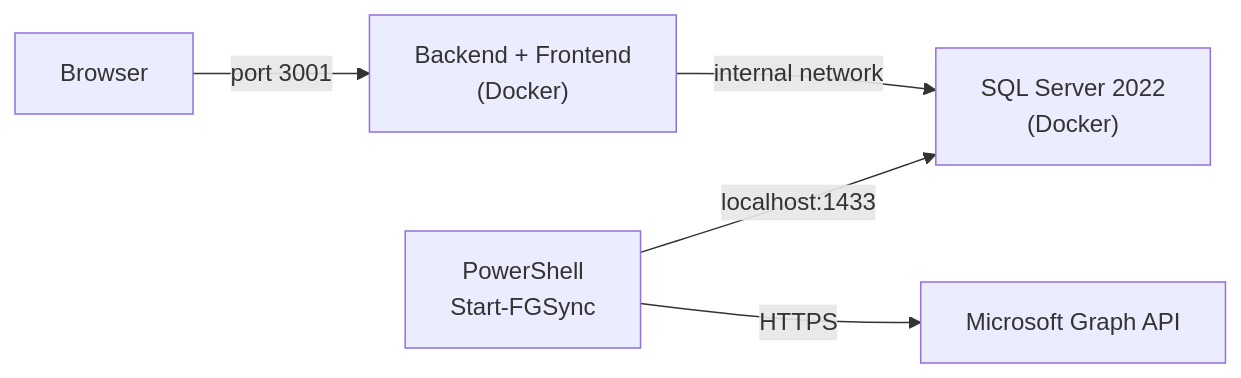
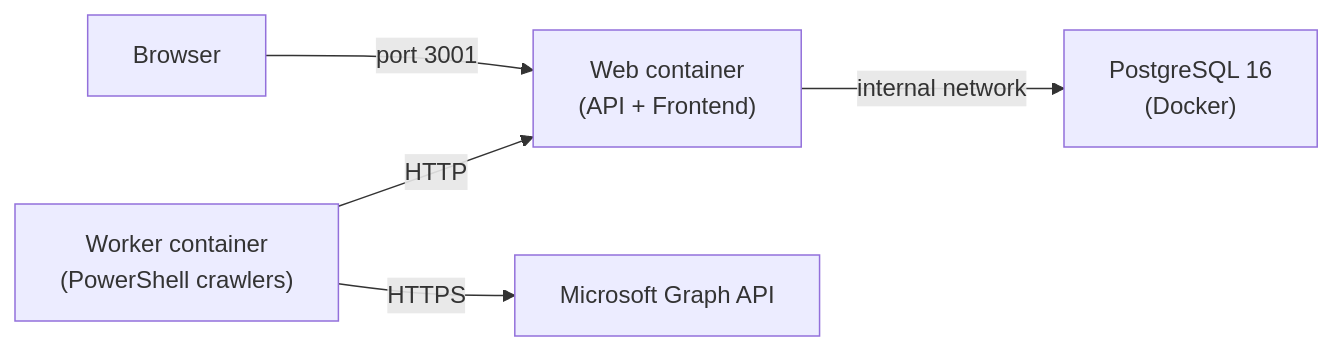
The diagram in docs/ui/local-dev.md (Fortigi/FortigiGraph), drawn with Mermaid before and after one commit. The commit also changed other lines of this file and 25 other files, not shown here.

````diff
--- a/docs/ui/local-dev.md
+++ b/docs/ui/local-dev.md
@@ -13,7 +12,7 @@
 ```mermaid
 flowchart LR
-    Browser -->|port 3001| Backend["Backend + Frontend\n(Docker)"]
-    Backend -->|internal network| SQL["SQL Server 2022\n(Docker)"]
-    PS["PowerShell\nStart-FGSync"] -->|localhost:1433| SQL
-    PS -->|HTTPS| Graph["Microsoft Graph API"]
+    Browser -->|port 3001| Web["Web container\n(API + Frontend)"]
+    Web -->|internal network| PG["PostgreSQL 16\n(Docker)"]
+    Worker["Worker container\n(PowerShell crawlers)"] -->|HTTP| Web
+    Worker -->|HTTPS| Graph["Microsoft Graph API"]
 ```
````
